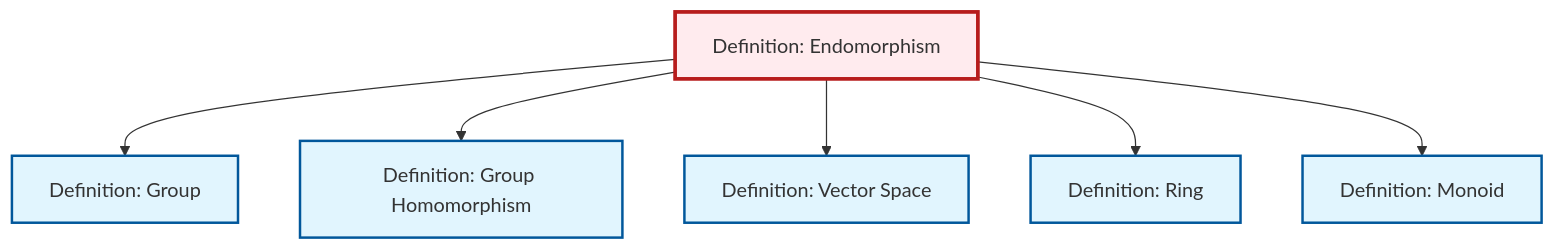
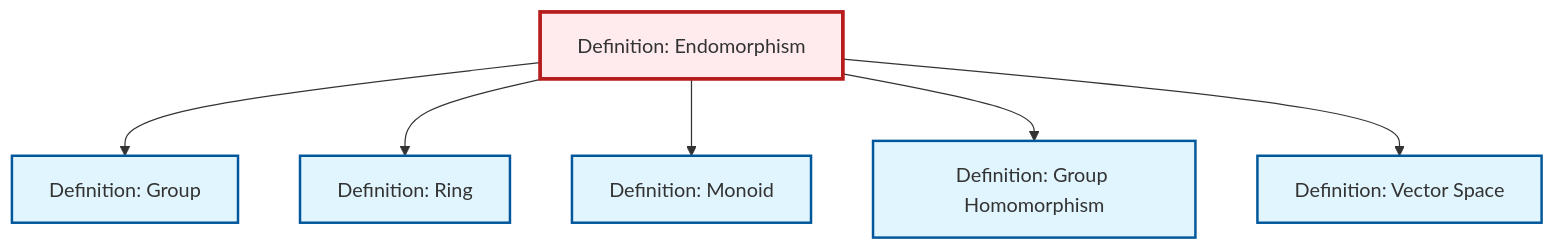
Before and after one commit to RK0429/ModernMath: the diagram in content/en/algebra/def-endomorphism.qmd, drawn with Mermaid. The commit also changed other lines of this file and 672 other files, not shown here.

````diff
--- a/content/en/algebra/def-endomorphism.qmd
+++ b/content/en/algebra/def-endomorphism.qmd
@@ -88,26 +88,26 @@
 ```{mermaid}
 %%| fig-cap: "Local dependency graph"
 graph TD
     classDef definition fill:#e1f5fe,stroke:#01579b,stroke-width:2px
     classDef theorem fill:#f3e5f5,stroke:#4a148c,stroke-width:2px
     classDef axiom fill:#fff3e0,stroke:#e65100,stroke-width:2px
     classDef example fill:#e8f5e9,stroke:#1b5e20,stroke-width:2px
     classDef current fill:#ffebee,stroke:#b71c1c,stroke-width:3px
+    def-monoid["Definition: Monoid"]:::definition
     def-endomorphism["Definition: Endomorphism"]:::definition
+    def-homomorphism["Definition: Group Homomorphism"]:::definition
     def-ring["Definition: Ring"]:::definition
+    def-group["Definition: Group"]:::definition
     def-vector-space["Definition: Vector Space"]:::definition
-    def-monoid["Definition: Monoid"]:::definition
-    def-homomorphism["Definition: Group Homomorphism"]:::definition
-    def-group["Definition: Group"]:::definition
     def-endomorphism --> def-group
+    def-endomorphism --> def-ring
+    def-endomorphism --> def-monoid
     def-endomorphism --> def-homomorphism
     def-endomorphism --> def-vector-space
-    def-endomorphism --> def-ring
-    def-endomorphism --> def-monoid
     class def-endomorphism current
-    click def-ring "def-ring.html" "Go to Ring definition"
-    click def-vector-space "def-vector-space.html" "Go to Vector Space definition"
     click def-monoid "def-monoid.html" "Go to Monoid definition"
     click def-homomorphism "def-homomorphism.html" "Go to Group Homomorphism definition"
+    click def-ring "def-ring.html" "Go to Ring definition"
     click def-group "def-group.html" "Go to Group definition"
+    click def-vector-space "def-vector-space.html" "Go to Vector Space definition"
 ```
````
